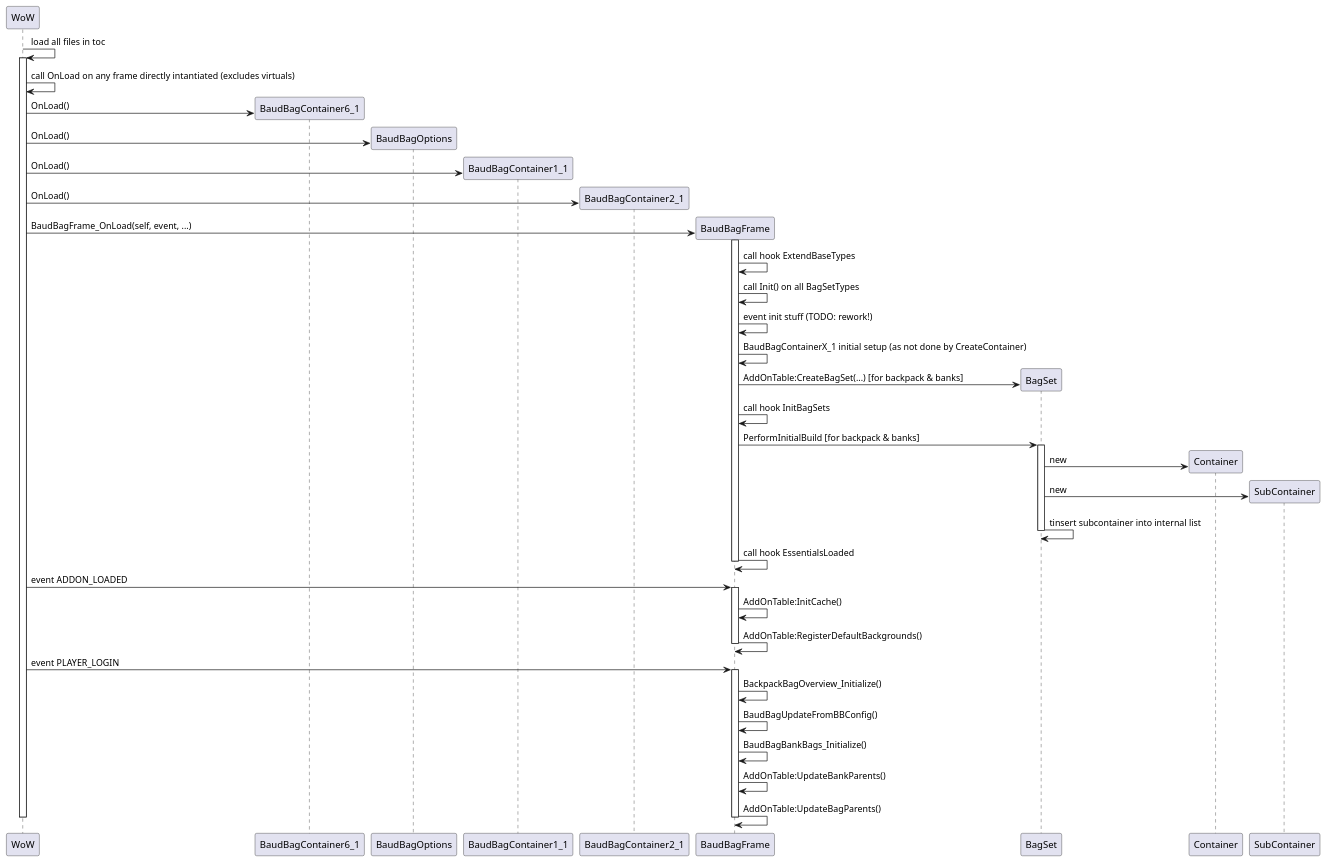
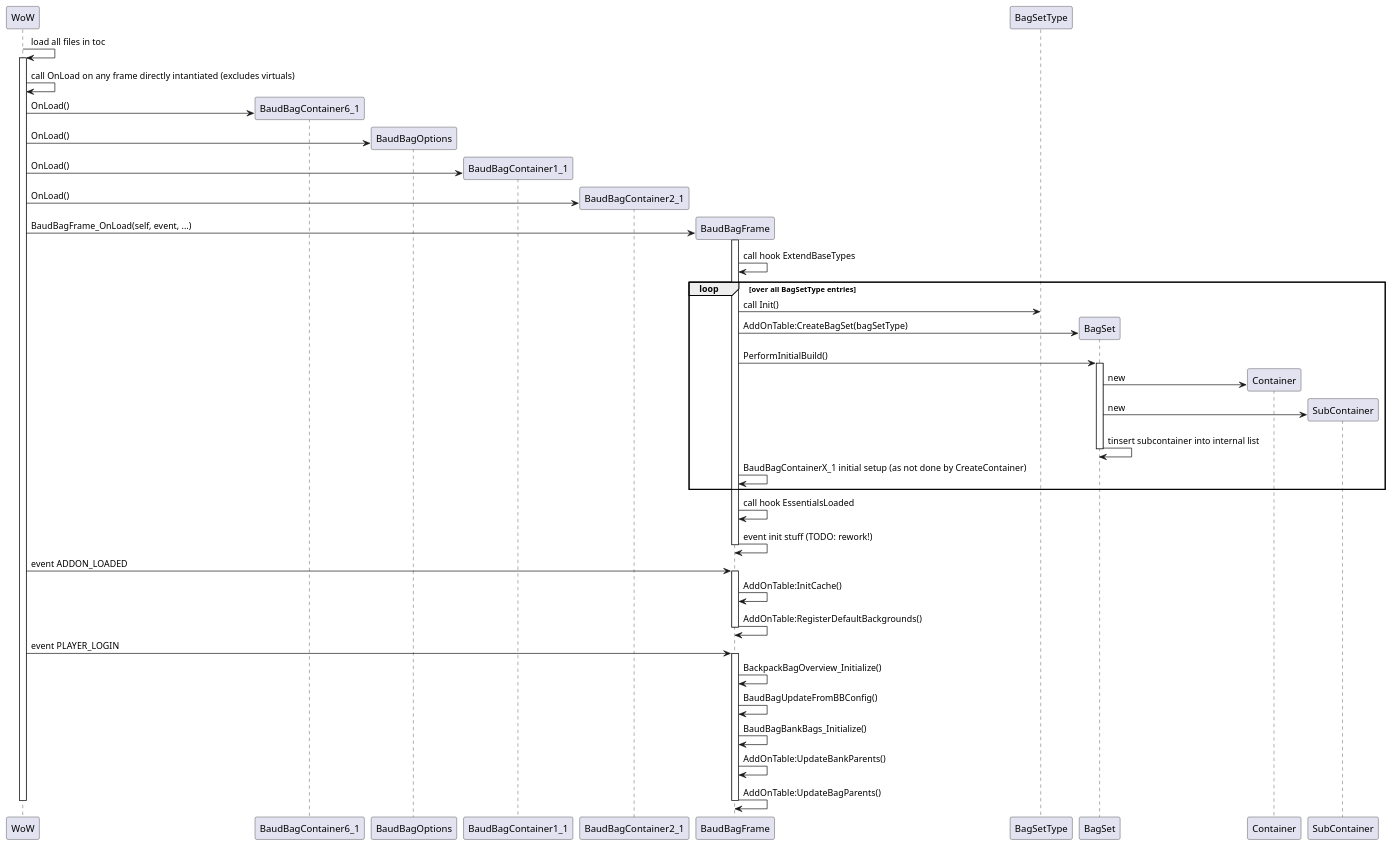
The diagram in docs/initialization.puml (gsnerf/Baud-Bag), drawn with PlantUML before and after one commit.

Commit message:
updated init sequence diagram to follow the improved initialization

```diff
--- a/docs/initialization.puml
+++ b/docs/initialization.puml
@@ -1,65 +1,66 @@
 @startuml addon initialization phase
 
 participant WoW
 
 WoW -> WoW: load all files in toc
 activate WoW
     WoW -> WoW: call OnLoad on any frame directly intantiated (excludes virtuals)
 
     create BaudBagContainer6_1
     WoW -> BaudBagContainer6_1: OnLoad()
 
     create BaudBagOptions
     WoW -> BaudBagOptions: OnLoad()
 
     create BaudBagContainer1_1
     WoW -> BaudBagContainer1_1: OnLoad()
 
     create BaudBagContainer2_1
     WoW -> BaudBagContainer2_1: OnLoad()
 
     create BaudBagFrame
     WoW -> BaudBagFrame: BaudBagFrame_OnLoad(self, event, ...)
     activate BaudBagFrame
         BaudBagFrame -> BaudBagFrame: call hook ExtendBaseTypes
-        BaudBagFrame -> BaudBagFrame: call Init() on all BagSetTypes
+
+        loop over all BagSetType entries
+            BaudBagFrame -> BagSetType: call Init()
+            create BagSet
+            BaudBagFrame -> BagSet: AddOnTable:CreateBagSet(bagSetType)
+            BaudBagFrame -> BagSet: PerformInitialBuild()
+
+            activate BagSet
+                create Container
+                BagSet -> Container: new
+
+                create SubContainer
+                BagSet -> SubContainer: new
+                BagSet -> BagSet: tinsert subcontainer into internal list
+            deactivate BagSet
+
+            BaudBagFrame -> BaudBagFrame: BaudBagContainerX_1 initial setup (as not done by CreateContainer)
+        end
+
+        BaudBagFrame -> BaudBagFrame: call hook EssentialsLoaded
 
         BaudBagFrame -> BaudBagFrame: event init stuff (TODO: rework!)
-
-        BaudBagFrame -> BaudBagFrame: BaudBagContainerX_1 initial setup (as not done by CreateContainer)
-
-        create BagSet
-        BaudBagFrame -> BagSet: AddOnTable:CreateBagSet(...) [for backpack & banks]
-        BaudBagFrame -> BaudBagFrame: call hook InitBagSets
-        BaudBagFrame -> BagSet: PerformInitialBuild [for backpack & banks]
-
-        activate BagSet
-            create Container
-            BagSet -> Container: new
-
-            create SubContainer
-            BagSet -> SubContainer: new
-            BagSet -> BagSet: tinsert subcontainer into internal list
-        deactivate BagSet
-
-        BaudBagFrame -> BaudBagFrame: call hook EssentialsLoaded
     deactivate BaudBagFrame
 
 
     WoW -> BaudBagFrame: event ADDON_LOADED
     activate BaudBagFrame
         BaudBagFrame -> BaudBagFrame: AddOnTable:InitCache()
         BaudBagFrame -> BaudBagFrame: AddOnTable:RegisterDefaultBackgrounds()
     deactivate BaudBagFrame
 
     WoW -> BaudBagFrame: event PLAYER_LOGIN
     activate BaudBagFrame
         BaudBagFrame -> BaudBagFrame: BackpackBagOverview_Initialize()
         BaudBagFrame -> BaudBagFrame: BaudBagUpdateFromBBConfig()
         BaudBagFrame -> BaudBagFrame: BaudBagBankBags_Initialize()
         BaudBagFrame -> BaudBagFrame: AddOnTable:UpdateBankParents()
         BaudBagFrame -> BaudBagFrame: AddOnTable:UpdateBagParents()
     deactivate BaudBagFrame
 
 deactivate WoW
 @enduml
```
